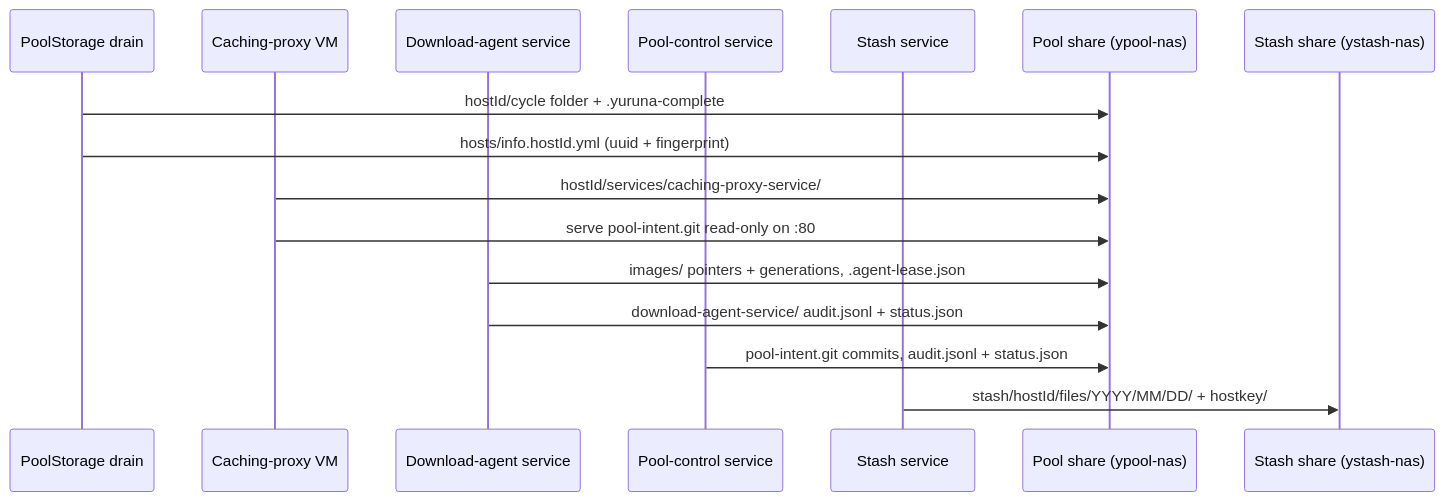
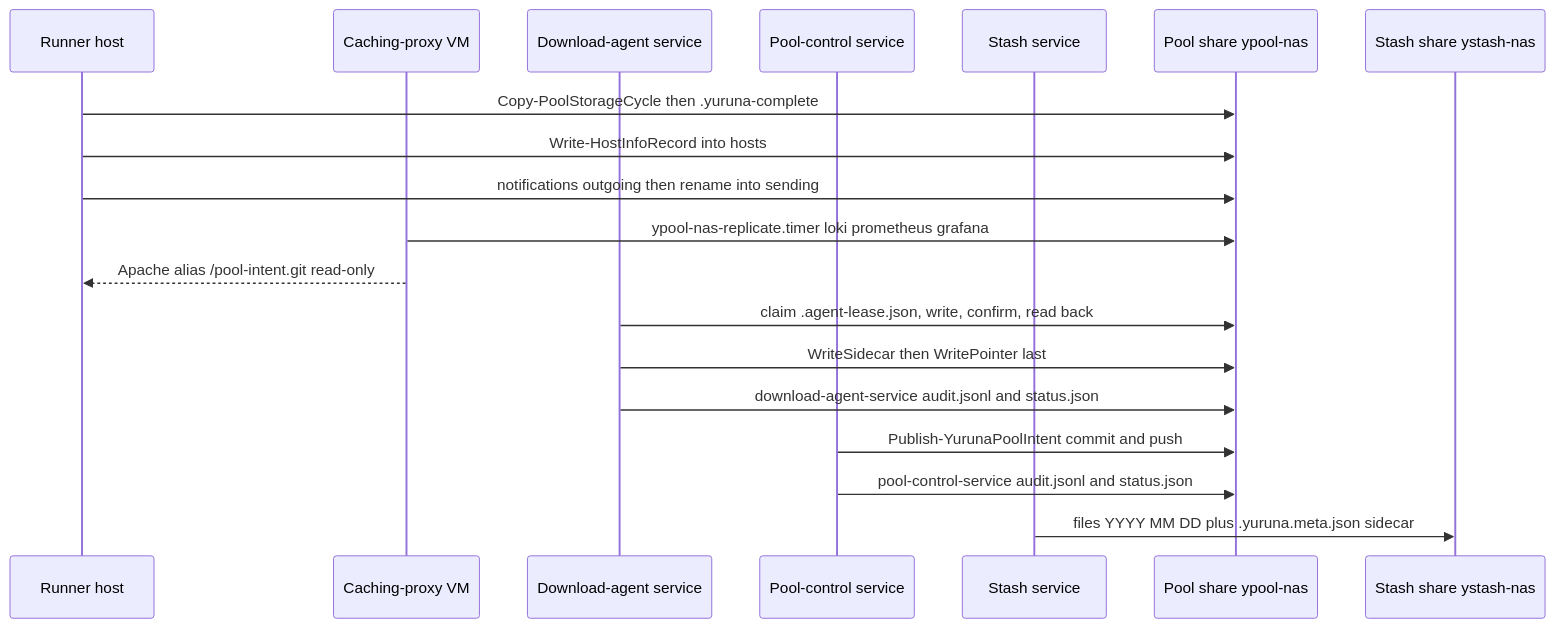
The sixth of 6 diagrams in docs/design/03-data-flows.md (alissonsol/yuruna), drawn with Mermaid before and after one commit. The commit also changed other lines of this file and 652 other files, not shown here.

````diff
--- a/docs/design/03-data-flows.md
+++ b/docs/design/03-data-flows.md
@@ -275,19 +470,22 @@
 ```mermaid
 sequenceDiagram
-    participant Drain as PoolStorage drain
+    participant Runner as Runner host
     participant Cache as Caching-proxy VM
     participant Agent as Download-agent service
     participant Ctl as Pool-control service
     participant Stash as Stash service
-    participant PoolNas as Pool share (ypool-nas)
-    participant StashNas as Stash share (ystash-nas)
+    participant PoolNas as Pool share ypool-nas
+    participant StashNas as Stash share ystash-nas
 
-    Drain->>PoolNas: hostId/cycle folder + .yuruna-complete
-    Drain->>PoolNas: hosts/info.hostId.yml (uuid + fingerprint)
-    Cache->>PoolNas: hostId/services/caching-proxy-service/
-    Cache->>PoolNas: serve pool-intent.git read-only on :80
-    Agent->>PoolNas: images/ pointers + generations, .agent-lease.json
-    Agent->>PoolNas: download-agent-service/ audit.jsonl + status.json
-    Ctl->>PoolNas: pool-intent.git commits, audit.jsonl + status.json
-    Stash->>StashNas: stash/hostId/files/YYYY/MM/DD/ + hostkey/
+    Runner->>PoolNas: Copy-PoolStorageCycle then .yuruna-complete
+    Runner->>PoolNas: Write-HostInfoRecord into hosts
+    Runner->>PoolNas: notifications outgoing then rename into sending
+    Cache->>PoolNas: ypool-nas-replicate.timer loki prometheus grafana
+    Cache-->>Runner: Apache alias /pool-intent.git read-only
+    Agent->>PoolNas: claim .agent-lease.json, write, confirm, read back
+    Agent->>PoolNas: WriteSidecar then WritePointer last
+    Agent->>PoolNas: download-agent-service audit.jsonl and status.json
+    Ctl->>PoolNas: Publish-YurunaPoolIntent commit and push
+    Ctl->>PoolNas: pool-control-service audit.jsonl and status.json
+    Stash->>StashNas: files YYYY MM DD plus .yuruna.meta.json sidecar
 ```
````
